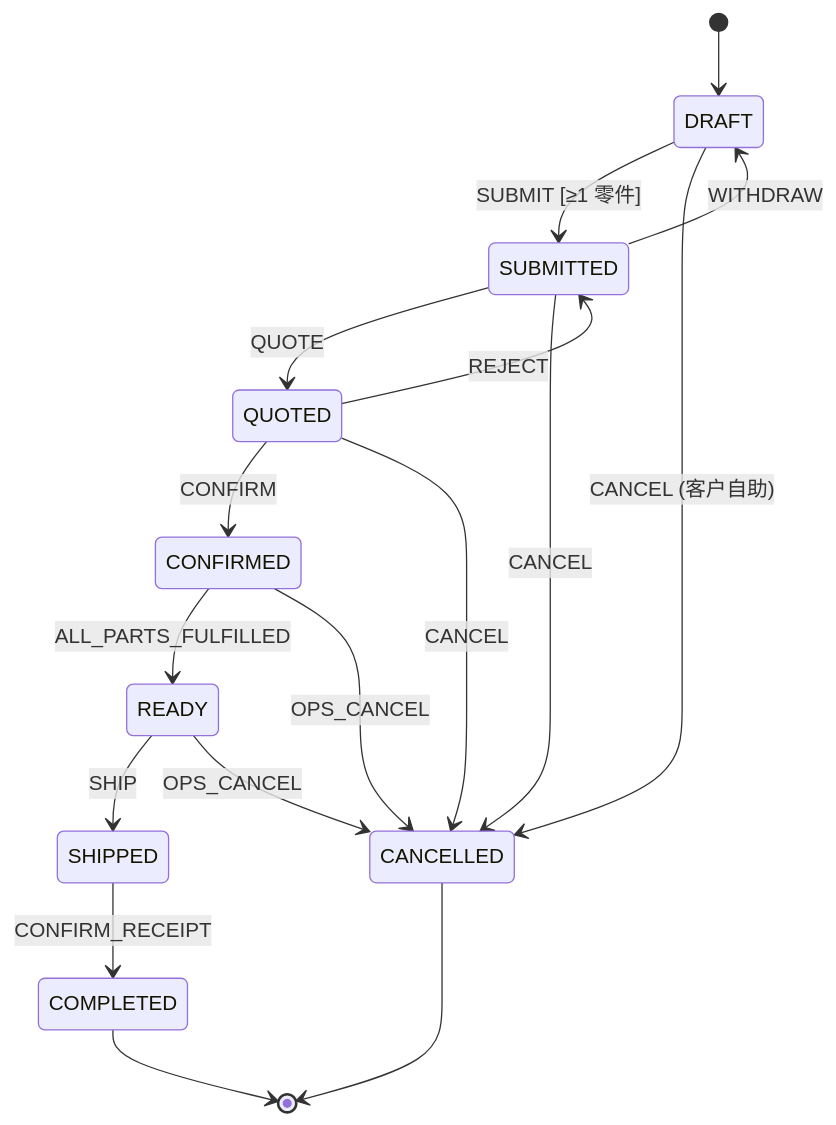
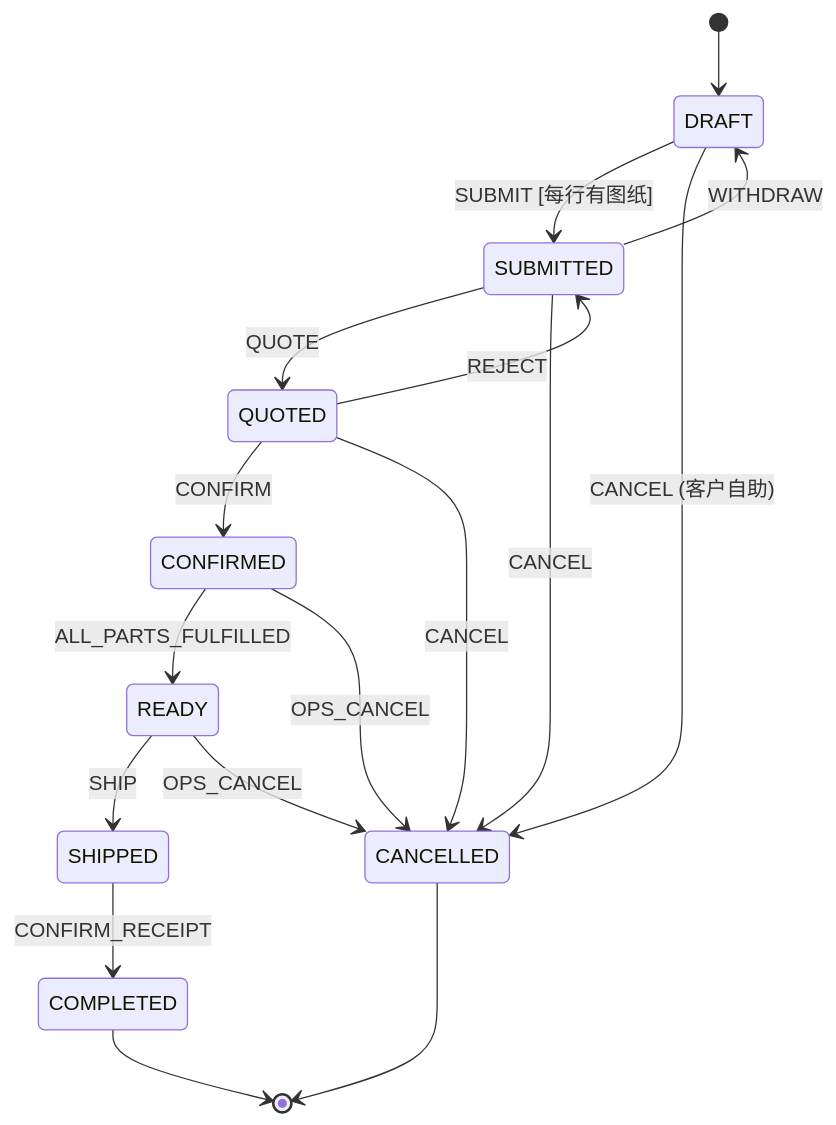
One commit to yubeining/yuhao_website changed the first of 4 diagrams in docs/design/12-订单与零件状态机.md. Above: the diagram before and after it, drawn with Mermaid. The commit also changed other lines of this file and 7 other files, not shown here.

````diff
--- a/docs/design/12-订单与零件状态机.md
+++ b/docs/design/12-订单与零件状态机.md
@@ -139,19 +150,19 @@
 ```mermaid
 stateDiagram-v2
     [*] --> DRAFT
-    DRAFT --> SUBMITTED: SUBMIT [≥1 零件]
+    DRAFT --> SUBMITTED: SUBMIT [每行有图纸]
     SUBMITTED --> DRAFT: WITHDRAW
     SUBMITTED --> QUOTED: QUOTE
     QUOTED --> SUBMITTED: REJECT
     QUOTED --> CONFIRMED: CONFIRM
     CONFIRMED --> READY: ALL_PARTS_FULFILLED
     READY --> SHIPPED: SHIP
     SHIPPED --> COMPLETED: CONFIRM_RECEIPT
     DRAFT --> CANCELLED: CANCEL (客户自助)
     SUBMITTED --> CANCELLED: CANCEL
     QUOTED --> CANCELLED: CANCEL
     CONFIRMED --> CANCELLED: OPS_CANCEL
     READY --> CANCELLED: OPS_CANCEL
     COMPLETED --> [*]
     CANCELLED --> [*]
 ```
````
